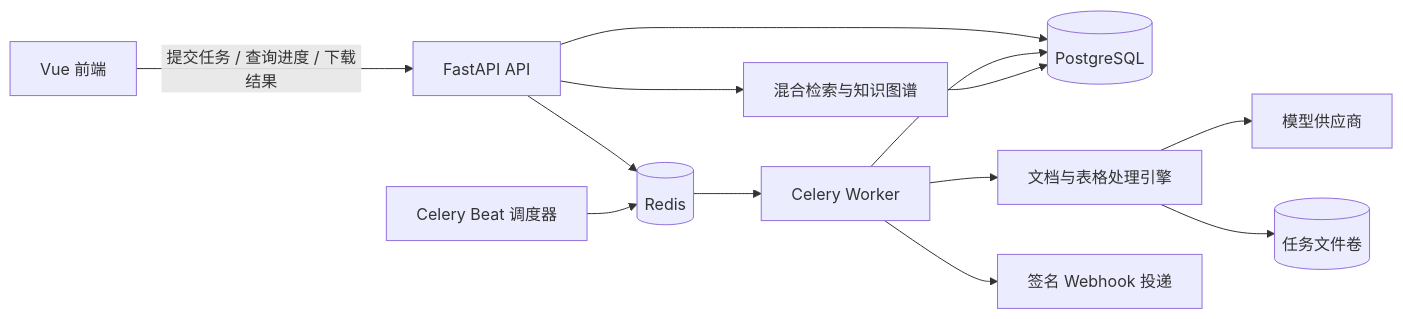
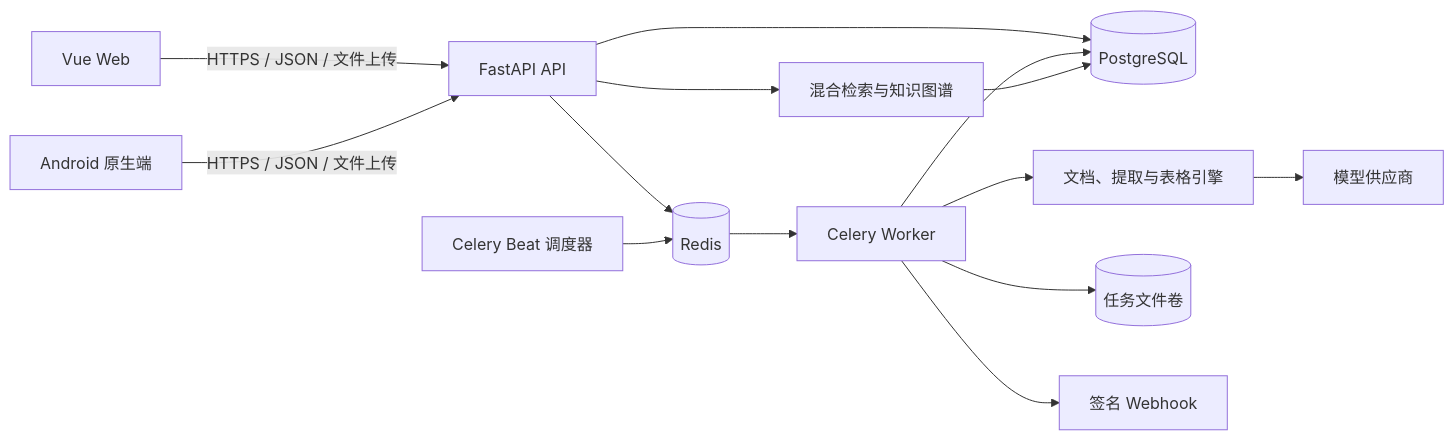
The diagram in docs/architecture/overview.md (Taylor-Lai/QuintAI), drawn with Mermaid before and after one commit. The commit also changed other lines of this file and 20 other files, not shown here.

Commit message:
android: expose demo flow and refresh documentation

````diff
--- a/docs/architecture/overview.md
+++ b/docs/architecture/overview.md
@@ -3,15 +5,16 @@
 ```mermaid
 flowchart LR
-    Web["Vue 前端"] -->|"提交任务 / 查询进度 / 下载结果"| API["FastAPI API"]
+    Web["Vue Web"] -->|"HTTPS / JSON / 文件上传"| API["FastAPI API"]
+    Android["Android 原生端"] -->|"HTTPS / JSON / 文件上传"| API
     API --> PG[("PostgreSQL")]
     API --> Redis[("Redis")]
     Redis --> Worker["Celery Worker"]
     Scheduler["Celery Beat 调度器"] --> Redis
-    Worker --> AI["文档与表格处理引擎"]
+    Worker --> Engine["文档、提取与表格引擎"]
     Worker --> PG
-    Worker --> Webhook["签名 Webhook 投递"]
-    AI --> LLM["模型供应商"]
-    AI --> Files[("任务文件卷")]
+    Worker --> Files[("任务文件卷")]
+    Worker --> Webhook["签名 Webhook"]
+    Engine --> LLM["模型供应商"]
     API --> Knowledge["混合检索与知识图谱"]
     Knowledge --> PG
 ```
````
